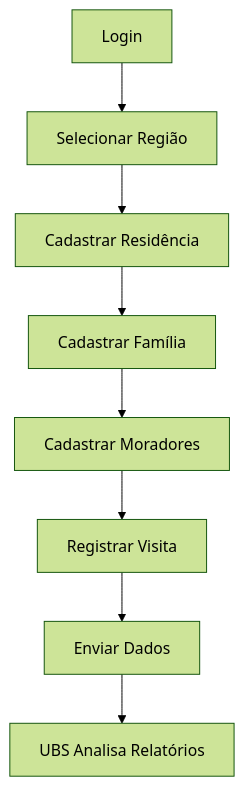
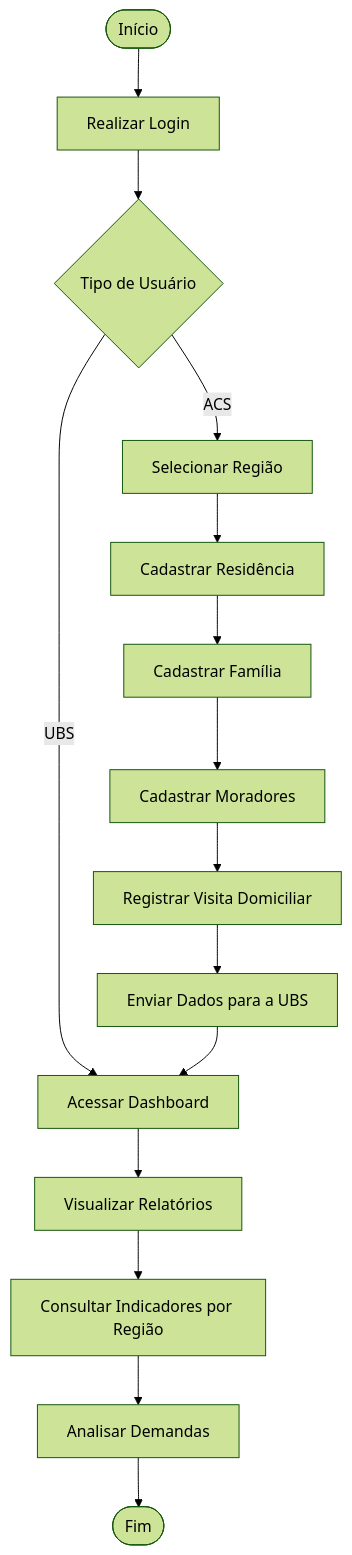
One commit to Equipe-LifeSavers/Meu_Acs changed the diagram in README.md. Above: the diagram before and after it, drawn with Mermaid (forest theme).

Commit message:
Update flowchart in README for user workflows

````diff
--- a/README.md
+++ b/README.md
@@ -47,10 +47,23 @@
 ```mermaid
 flowchart TD
-A[Login] --> B[Selecionar Região]
-B --> C[Cadastrar Residência]
-C --> D[Cadastrar Família]
-D --> E[Cadastrar Moradores]
-E --> F[Registrar Visita]
-F --> G[Enviar Dados]
-G --> H[UBS Analisa Relatórios]
+    A([Início]) --> B[Realizar Login]
+    B --> C{Tipo de Usuário}
+
+    %% Fluxo ACS
+    C -->|ACS| D[Selecionar Região]
+    D --> E[Cadastrar Residência]
+    E --> F[Cadastrar Família]
+    F --> G[Cadastrar Moradores]
+    G --> H[Registrar Visita Domiciliar]
+    H --> I[Enviar Dados para a UBS]
+
+    %% Fluxo UBS
+    C -->|UBS| J[Acessar Dashboard]
+
+    %% União dos fluxos
+    I --> J
+    J --> K[Visualizar Relatórios]
+    K --> L[Consultar Indicadores por Região]
+    L --> M[Analisar Demandas]
+    M --> N([Fim])
 ```
````
